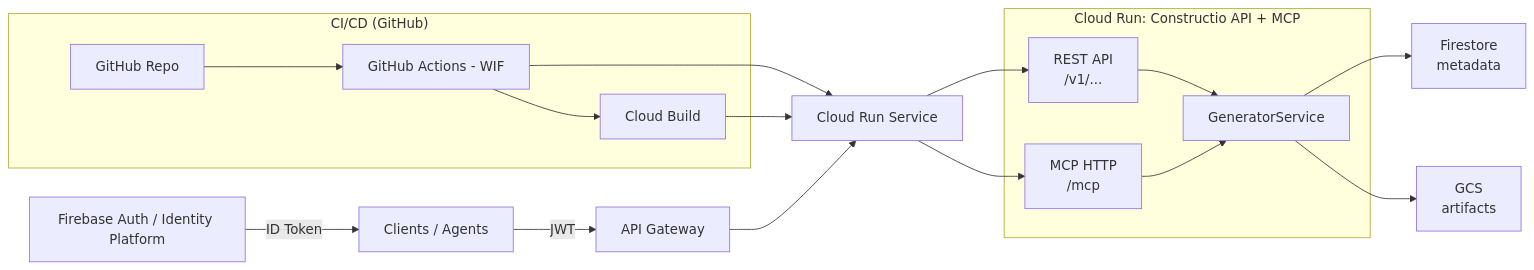
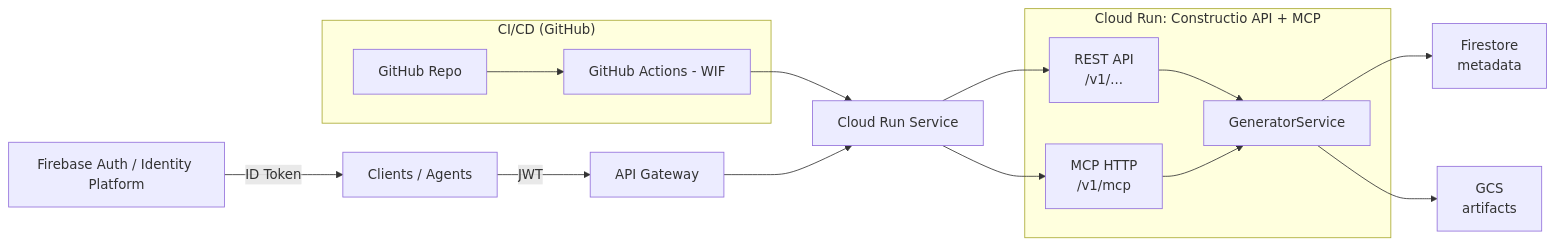
One commit to yousefElshafay/Constructio-mcp-server changed the diagram in README.md. Above: the diagram before and after it, drawn with Mermaid. The commit also changed 7 other files, not shown here.

Commit message:
chore: remove cloud build assets and update docs

````diff
--- a/README.md
+++ b/README.md
@@ -12,38 +12,35 @@
 ```mermaid
 flowchart LR
   %% Clients and auth
   client["Clients / Agents"] -->|JWT| apigw["API Gateway"];
   idp["Firebase Auth / Identity Platform"] -->|ID Token| client;
 
   %% CI/CD
   subgraph ci["CI/CD (GitHub)"]
     gh["GitHub Repo"];
     gha["GitHub Actions - WIF"];
-    cb["Cloud Build"];
   end
   gh --> gha;
-  gha --> cb;
 
   %% Deploy to GCP
   gha --> cr["Cloud Run Service"];
-  cb --> cr;
 
   %% Cloud Run app
   subgraph app["Cloud Run: Constructio API + MCP"]
     rest["REST API<br/>/v1/..."];
-    mcp["MCP HTTP<br/>/mcp"];
+    mcp["MCP HTTP<br/>/v1/mcp"];
     svc["GeneratorService"];
     rest --> svc;
     mcp --> svc;
   end
 
   apigw --> cr;
   cr --> rest;
   cr --> mcp;
 
   %% Data stores
   fs["Firestore<br/>metadata"];
   gcs["GCS<br/>artifacts"];
   svc --> fs;
   svc --> gcs;
 ```
````
